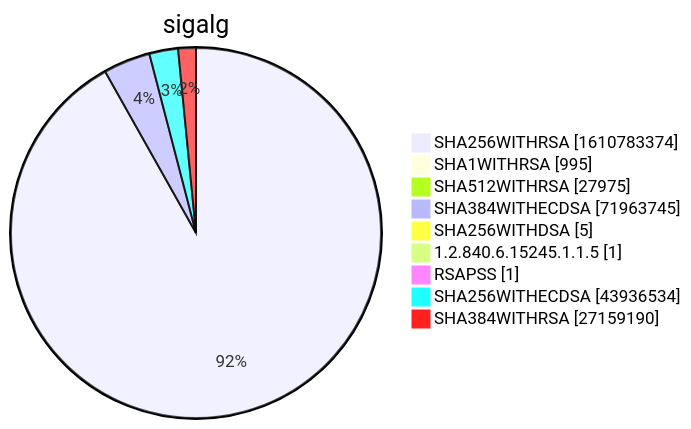
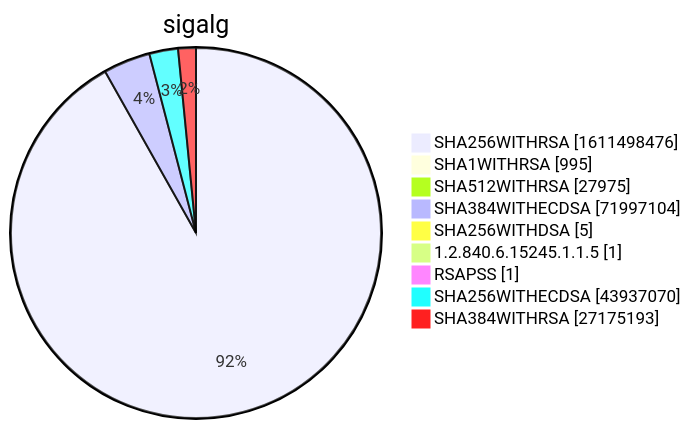
Before and after one commit to christiankrug/ctmonitor_visualization: diagram 15 of 15 in xenon2022/README.md, drawn with Mermaid. The commit also changed other lines of this file, not shown here.

````diff
--- a/xenon2022/README.md
+++ b/xenon2022/README.md
@@ -5871,13 +5871,13 @@
 ```mermaid
 pie showData
 title sigalg
-"SHA256WITHRSA" :1610783374
+"SHA256WITHRSA" :1611498476
 "SHA1WITHRSA" :995
 "SHA512WITHRSA" :27975
-"SHA384WITHECDSA" :71963745
+"SHA384WITHECDSA" :71997104
 "SHA256WITHDSA" :5
 "1.2.840.6.15245.1.1.5" :1
 "RSAPSS" :1
-"SHA256WITHECDSA" :43936534
-"SHA384WITHRSA" :27159190
+"SHA256WITHECDSA" :43937070
+"SHA384WITHRSA" :27175193
 ```
````
